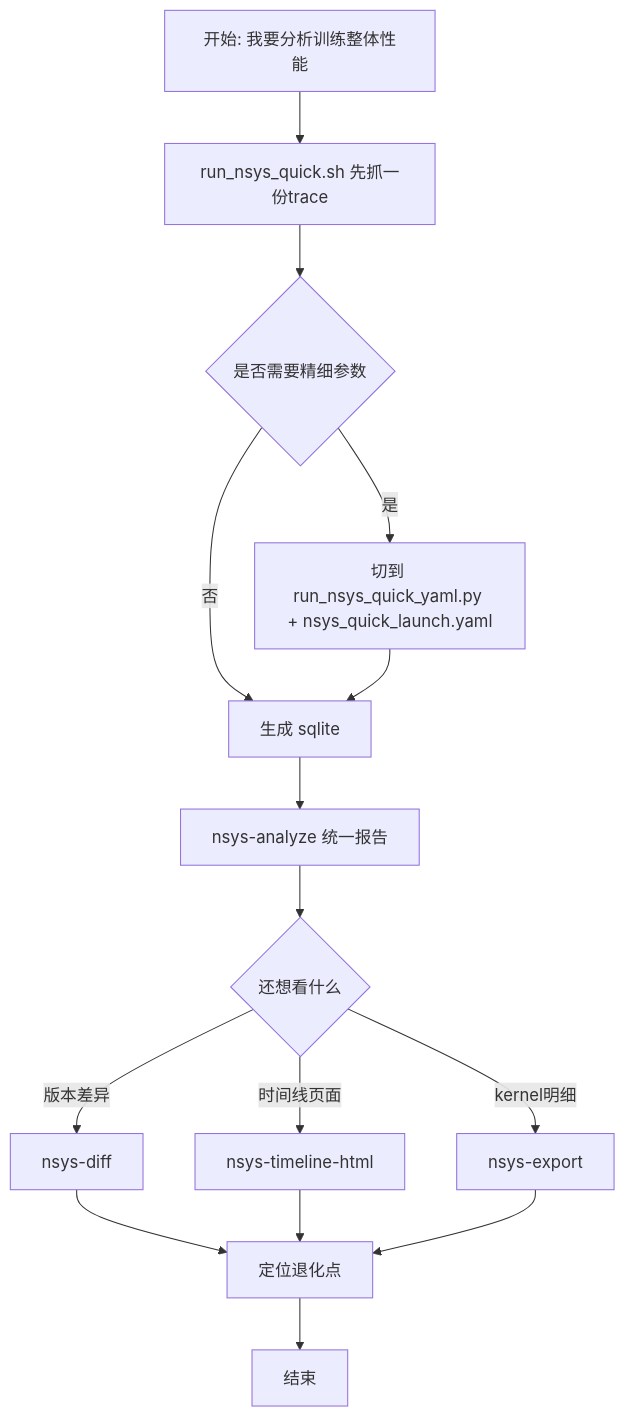
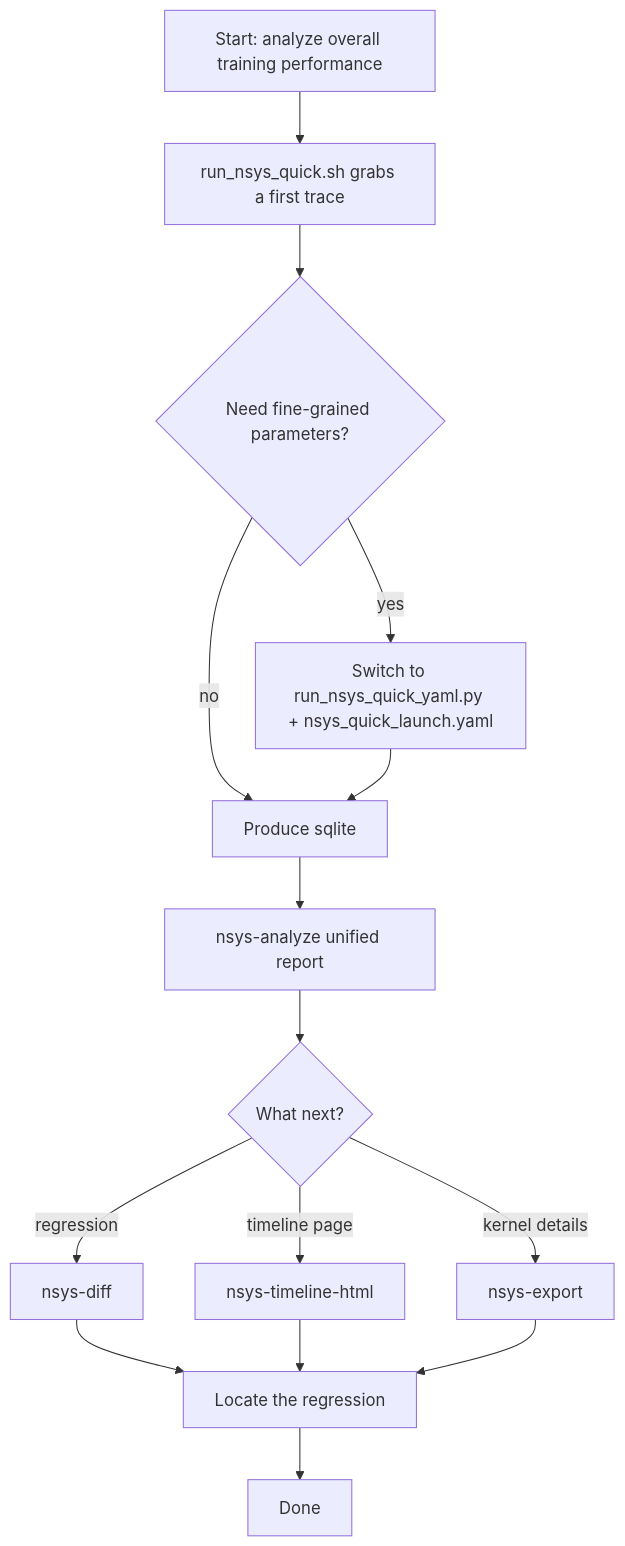
Before and after one commit to woshipapa/my_utils: the diagram in my_utils/profiling/templates/README.md, drawn with Mermaid. The commit also changed other lines of this file and 49 other files, not shown here.

````diff
--- a/my_utils/profiling/templates/README.md
+++ b/my_utils/profiling/templates/README.md
@@ -7,18 +8,18 @@
 ```mermaid
 flowchart TD
-    A[开始: 我要分析训练整体性能] --> B[run_nsys_quick.sh 先抓一份trace]
-    B --> C{是否需要精细参数}
-    C -->|是| D[切到 run_nsys_quick_yaml.py + nsys_quick_launch.yaml]
-    C -->|否| E[直接进入离线分析]
+    A[Start: analyze overall training performance] --> B[run_nsys_quick.sh grabs a first trace]
+    B --> C{Need fine-grained parameters?}
+    C -->|yes| D[Switch to run_nsys_quick_yaml.py + nsys_quick_launch.yaml]
+    C -->|no| E[Go straight to offline analysis]
 
-    D --> E[生成 sqlite]
-    E --> F[nsys-analyze 统一报告]
-    F --> G{还想看什么}
-    G -->|版本差异| H[nsys-diff]
-    G -->|时间线页面| I[nsys-timeline-html]
-    G -->|kernel明细| J[nsys-export]
-    H --> K[定位退化点]
+    D --> E[Produce sqlite]
+    E --> F[nsys-analyze unified report]
+    F --> G{What next?}
+    G -->|regression| H[nsys-diff]
+    G -->|timeline page| I[nsys-timeline-html]
+    G -->|kernel details| J[nsys-export]
+    H --> K[Locate the regression]
     I --> K
     J --> K
-    K --> L[结束]
+    K --> L[Done]
 ```
````
